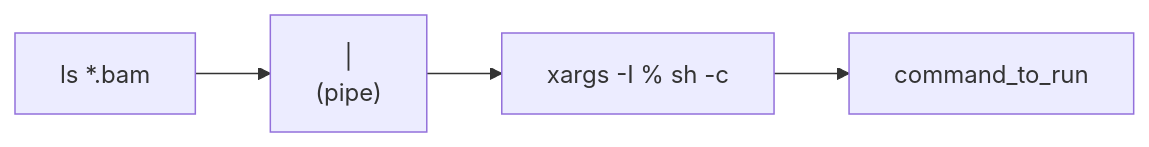
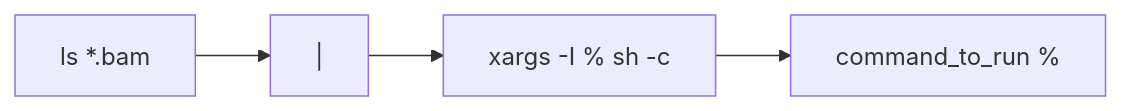
One commit to laderast/bash_for_bioinformatics changed the second of 2 diagrams in 01-scripting-basics.qmd. Above: the diagram before and after it, drawn with Mermaid. The commit also changed other lines of this file and 4 other files, not shown here.

````diff
--- a/01-scripting-basics.qmd
+++ b/01-scripting-basics.qmd
@@ -219,6 +222,6 @@
 ```{mermaid}
 graph LR;
-  A["ls *.bam"] --> B["| </br> (pipe)"] 
+  A["ls *.bam"] --> B["|"] 
   B --> C["xargs -I % sh -c"] 
-  C --> D["command_to_run"]
+  C --> D["command_to_run %"]
 ```
````
